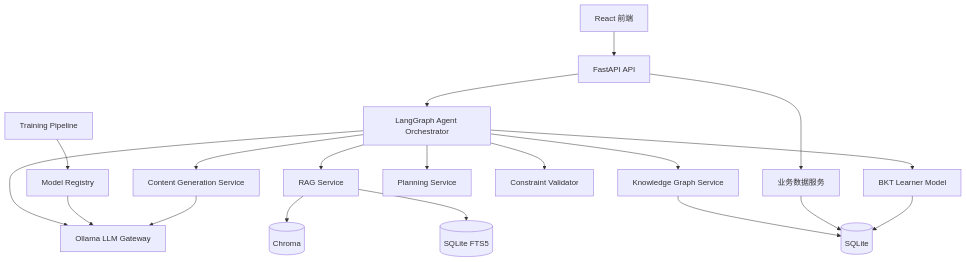
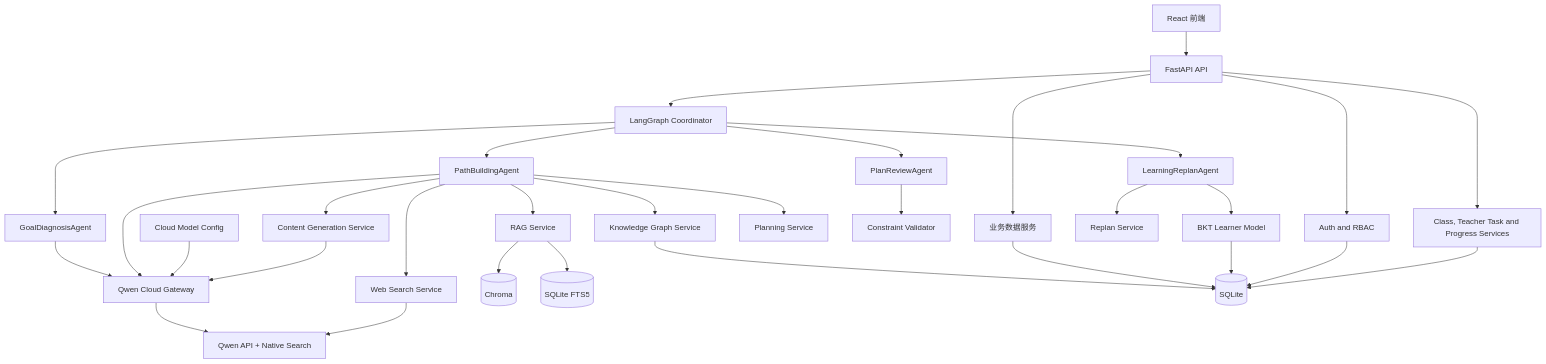
One commit to TIAN-lab300/my-github changed the second of 5 diagrams in docs/superpowers/specs/2026-09-30-smart-learning-planner-design.md. Above: the diagram before and after it, drawn with Mermaid. The commit also changed other lines of this file and 2 other files, not shown here.

Commit message:
docs: add teacher platform requirements and design

````diff
--- a/docs/superpowers/specs/2026-09-30-smart-learning-planner-design.md
+++ b/docs/superpowers/specs/2026-09-30-smart-learning-planner-design.md
@@ -297,23 +395,36 @@
 ```mermaid
 flowchart TB
     UI[React 前端] --> API[FastAPI API]
-    API --> AGENT[LangGraph Agent Orchestrator]
+    API --> AUTH[Auth and RBAC]
+    API --> PLATFORM[Class, Teacher Task and Progress Services]
+    API --> COORD[LangGraph Coordinator]
     API --> DATA[业务数据服务]
 
-    AGENT --> LLM[Ollama LLM Gateway]
-    AGENT --> CONTENT[Content Generation Service]
-    AGENT --> RAG[RAG Service]
-    AGENT --> GRAPH[Knowledge Graph Service]
-    AGENT --> PLAN[Planning Service]
-    AGENT --> VALIDATOR[Constraint Validator]
-    AGENT --> BKT[BKT Learner Model]
+    COORD --> GOAL_AGENT[GoalDiagnosisAgent]
+    COORD --> PATH_AGENT[PathBuildingAgent]
+    COORD --> REVIEW_AGENT[PlanReviewAgent]
+    COORD --> LEARN_AGENT[LearningReplanAgent]
 
-    TRAIN[Training Pipeline] --> REGISTRY[Model Registry]
-    REGISTRY --> LLM
+    GOAL_AGENT --> LLM[Qwen Cloud Gateway]
+    PATH_AGENT --> LLM
+    PATH_AGENT --> CONTENT[Content Generation Service]
+    PATH_AGENT --> RAG[RAG Service]
+    PATH_AGENT --> WEB[Web Search Service]
+    PATH_AGENT --> GRAPH[Knowledge Graph Service]
+    PATH_AGENT --> PLAN[Planning Service]
+    REVIEW_AGENT --> VALIDATOR[Constraint Validator]
+    LEARN_AGENT --> BKT[BKT Learner Model]
+    LEARN_AGENT --> REPLAN[Replan Service]
+
+    LLM --> QWEN[Qwen API + Native Search]
+    WEB --> QWEN
+    CONFIG[Cloud Model Config] --> LLM
     CONTENT --> LLM
     RAG --> CHROMA[(Chroma)]
     RAG --> FTS[(SQLite FTS5)]
     GRAPH --> SQLITE[(SQLite)]
     DATA --> SQLITE
     BKT --> SQLITE
+    AUTH --> SQLITE
+    PLATFORM --> SQLITE
 ```
````
